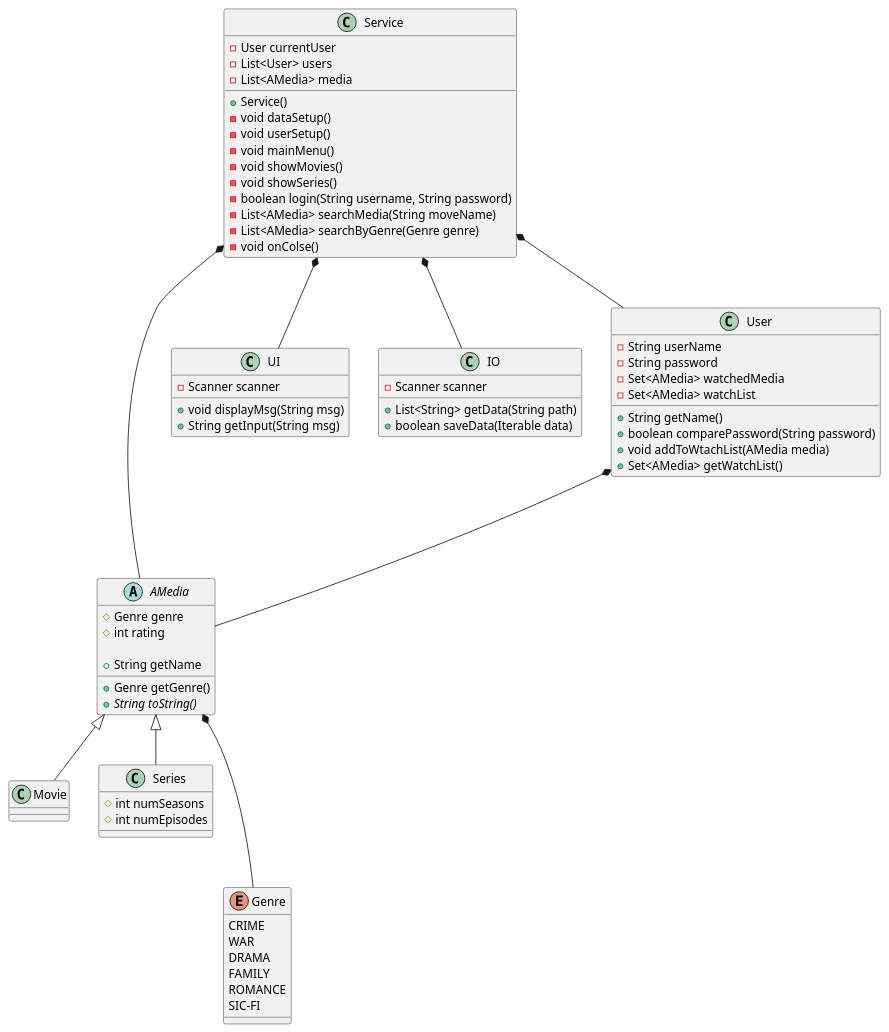
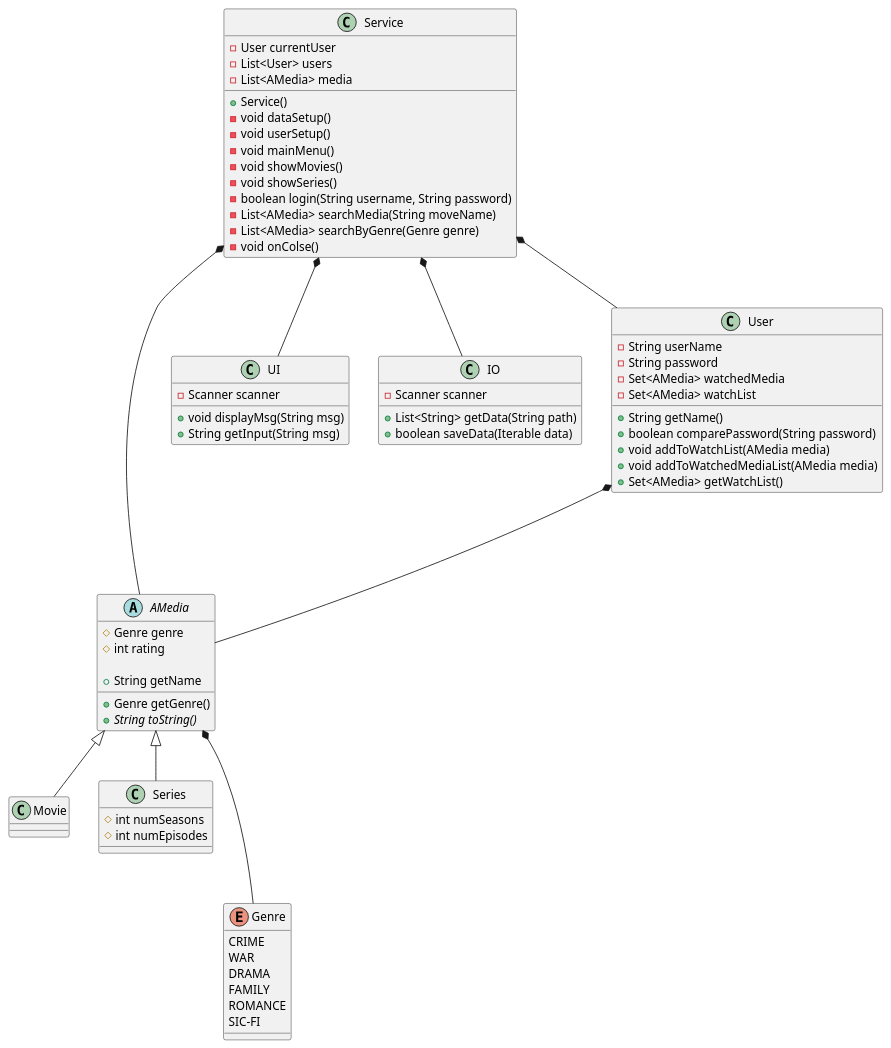
One commit to Laumh-exe/sp3 changed the diagram in doc/classDiagra.puml. Above: the diagram before and after it, drawn with PlantUML. The commit also changed 2 other files, not shown here.

```diff
--- a/doc/classDiagra.puml
+++ b/doc/classDiagra.puml
@@ -1,88 +1,89 @@
 @startuml
 abstract class AMedia{
 	# Genre genre
 	# int rating
 
     + Genre getGenre()
     + String getName
     {abstract} + String toString()
 }
 
 class Movie{
 	
 }
 
 class Series{
 	# int numSeasons
 	# int numEpisodes	
 }
 
 class UI {
     - Scanner scanner
 	+ void displayMsg(String msg)
 	+ String getInput(String msg)
 }
 
 class IO{
     - Scanner scanner
 	+ List<String> getData(String path)
 	+ boolean saveData(Iterable data)
 }
 
 class User{
     - String userName
     - String password
     - Set<AMedia> watchedMedia
     - Set<AMedia> watchList
     + String getName()
     + boolean comparePassword(String password)
-    + void addToWtachList(AMedia media)
+    + void addToWatchList(AMedia media)
+    + void addToWatchedMediaList(AMedia media)
     + Set<AMedia> getWatchList()
 }
 
 class Service{
     - User currentUser
 	- List<User> users
 	- List<AMedia> media
 	
     + Service()
     - void dataSetup()
     - void userSetup()
     - void mainMenu() 
     - void showMovies()
     - void showSeries()
 	- boolean login(String username, String password)
     - List<AMedia> searchMedia(String moveName)
     - List<AMedia> searchByGenre(Genre genre)
     - void onColse()
 }
 note left of Service::setup
     userlogin / create user
 end note
 
 note left of Service::mainMainu
     This is the main loop of the programSS
 end note
 
 enum Genre{
     CRIME
     WAR
     DRAMA
     FAMILY
     ROMANCE
     SIC-FI
 }
 
 Service *-- AMedia
 Service *-- User
 Service *-- UI
 Service *-- IO
 
 AMedia *--- Genre
 
 User *--- AMedia
 
 
 AMedia <|-- Movie
 AMedia <|-- Series
 @enduml
```
